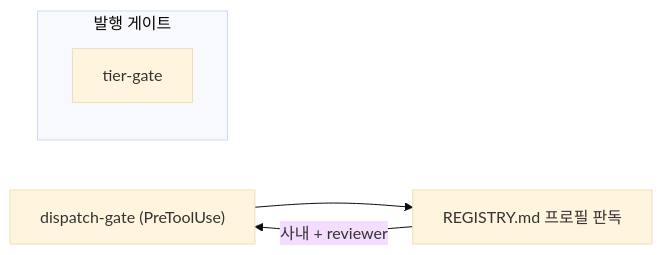
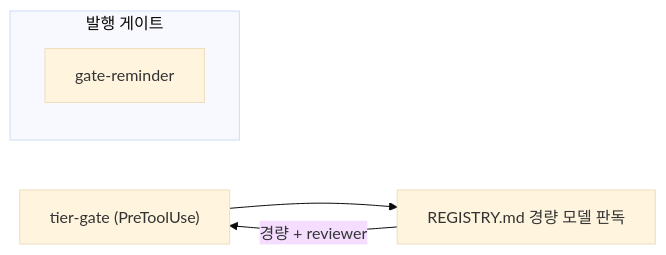
One commit to nohdol97/nohdol-harness changed the diagram in .agents/skills/diagram/SKILL.md. Above: the diagram before and after it, drawn with Mermaid (base theme). The commit also changed 39 other files, not shown here.

````diff
--- a/.agents/skills/diagram/SKILL.md
+++ b/.agents/skills/diagram/SKILL.md
@@ -57,8 +57,8 @@
 ```mermaid
 flowchart LR
-  GATE["dispatch-gate (PreToolUse)"] --> READ["REGISTRY.md 프로필 판독"]
+  GATE["tier-gate (PreToolUse)"] --> READ["REGISTRY.md 경량 모델 판독"]
   subgraph HOOKS["발행 게이트"]
-    TIER["tier-gate"]
+    REMIND["gate-reminder"]
   end
-  READ -->|"사내 + reviewer"| GATE
+  READ -->|"경량 + reviewer"| GATE
 ```
````
